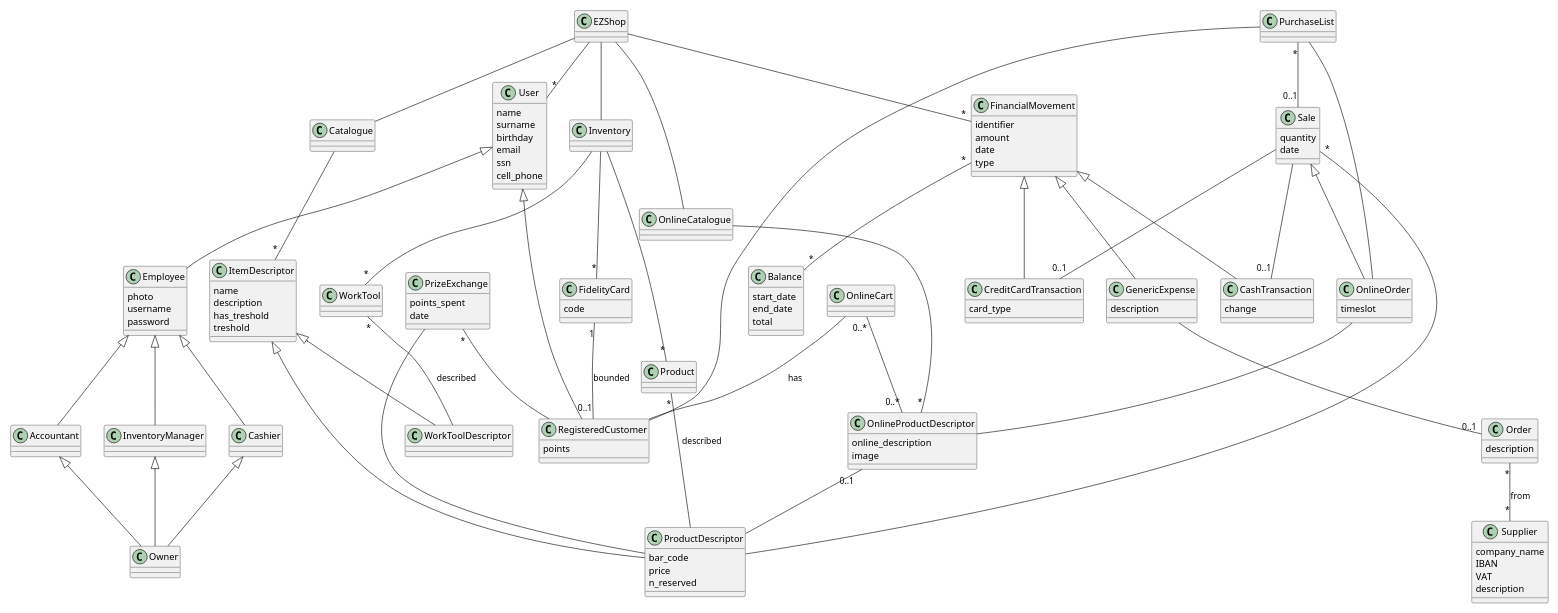
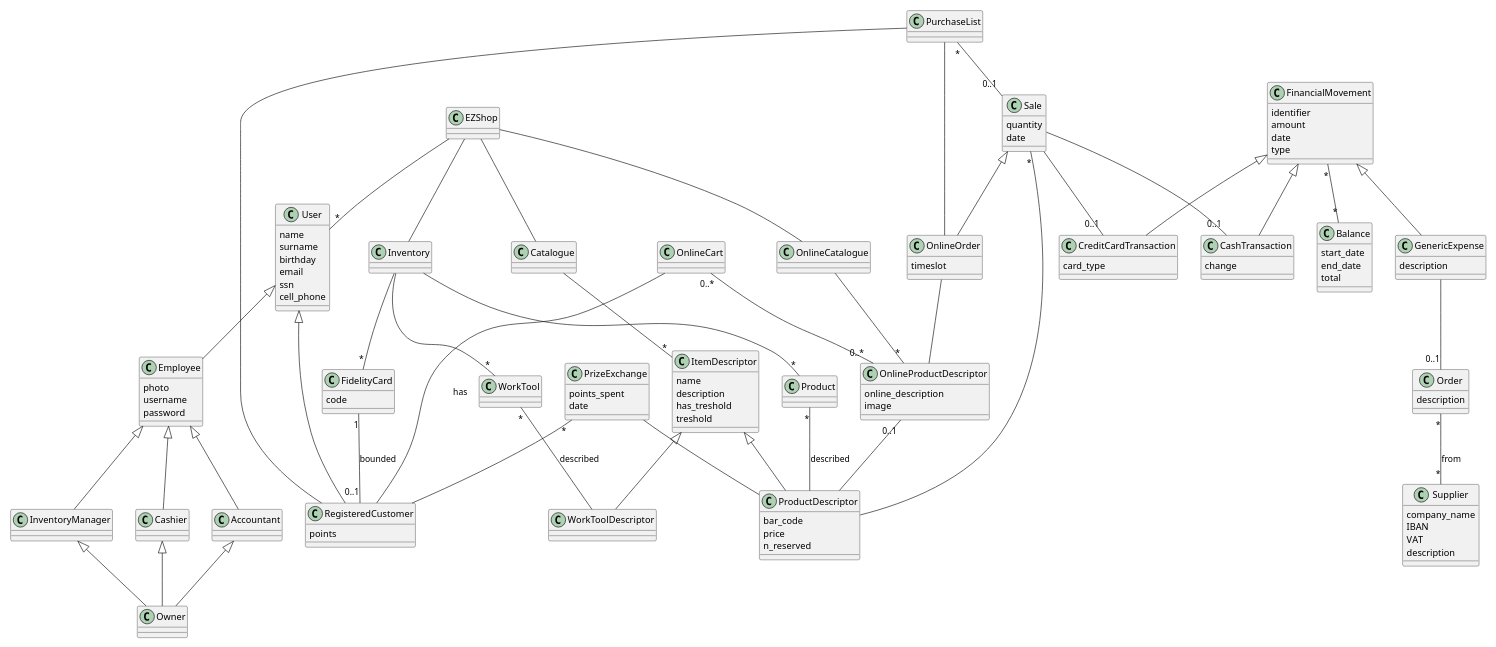
The fifth of 7 diagrams in Deliverables/RequirementsDocument.md (paolotron/EzshoProject31), drawn with PlantUML before and after one commit. The commit also changed other lines of this file, not shown here.

Commit message:
Added small description of Ezshop, tidied up the document, corrected glossary

````diff
--- a/Deliverables/RequirementsDocument.md
+++ b/Deliverables/RequirementsDocument.md
@@ -895,7 +885,6 @@
 EZShop -- Catalogue
 EZShop -- OnlineCatalogue
 EZShop -- Inventory
-EZShop -- "*"FinancialMovement
 EZShop -- "*"User
 @enduml
 ```
````
